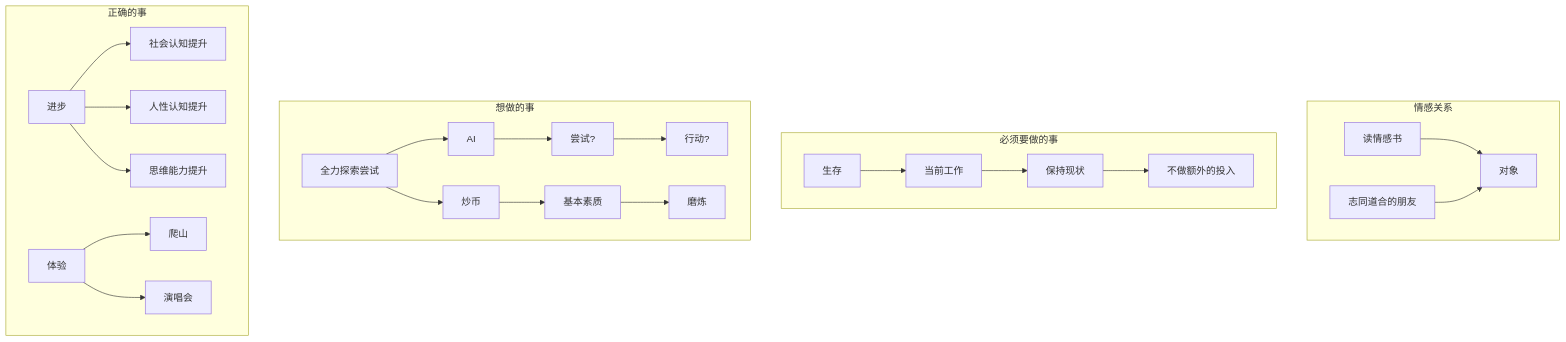
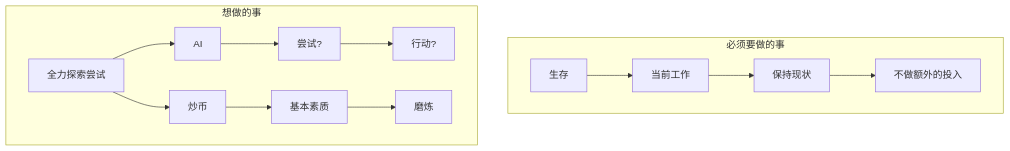
Before and after one commit to Guoaking/ob: the third of 3 diagrams in 规划/过去真我/2. 我价值在哪.md, drawn with Mermaid. The commit also changed 4 other files, not shown here.

````diff
--- a/规划/过去真我/2. 我价值在哪.md
+++ b/规划/过去真我/2. 我价值在哪.md
@@ -594,30 +594,13 @@
 ```mermaid
 graph TD
-
-
-
-subgraph 情感关系
-读情感书 --> 对象
-志同道合的朋友 --> 对象
-end
-
 subgraph 必须要做的事
 生存 --> 当前工作 --> 保持现状 --> 不做额外的投入
 end
-
-
 
 subgraph 想做的事
 全力探索尝试 --> AI & 炒币
 AI  --> 尝试? --> 行动? 
 炒币 --> 基本素质 --> 磨炼
 end
 
-
-subgraph 正确的事
-进步 --> 社会认知提升 & 人性认知提升 & 思维能力提升  
-体验 --> 爬山 & 演唱会 
-end
-
-
 ```
````
